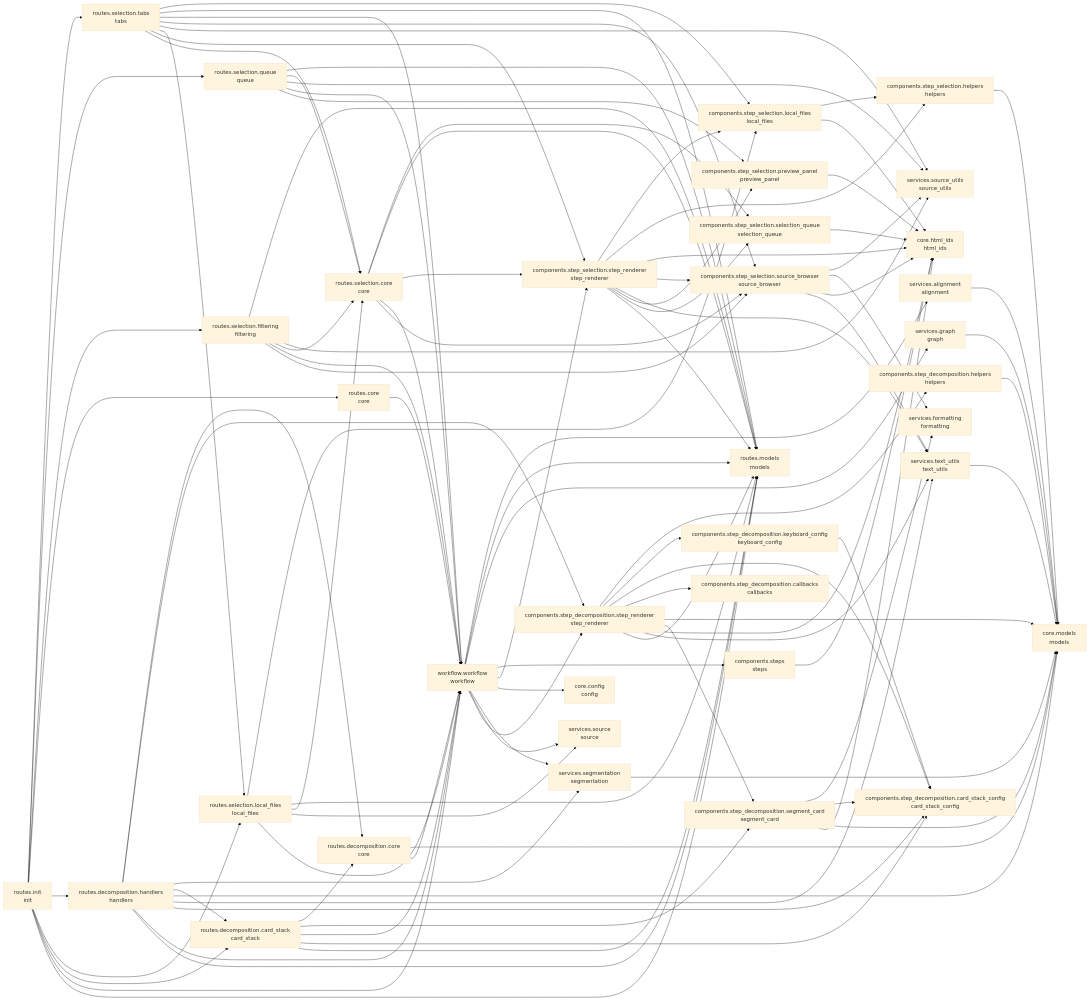
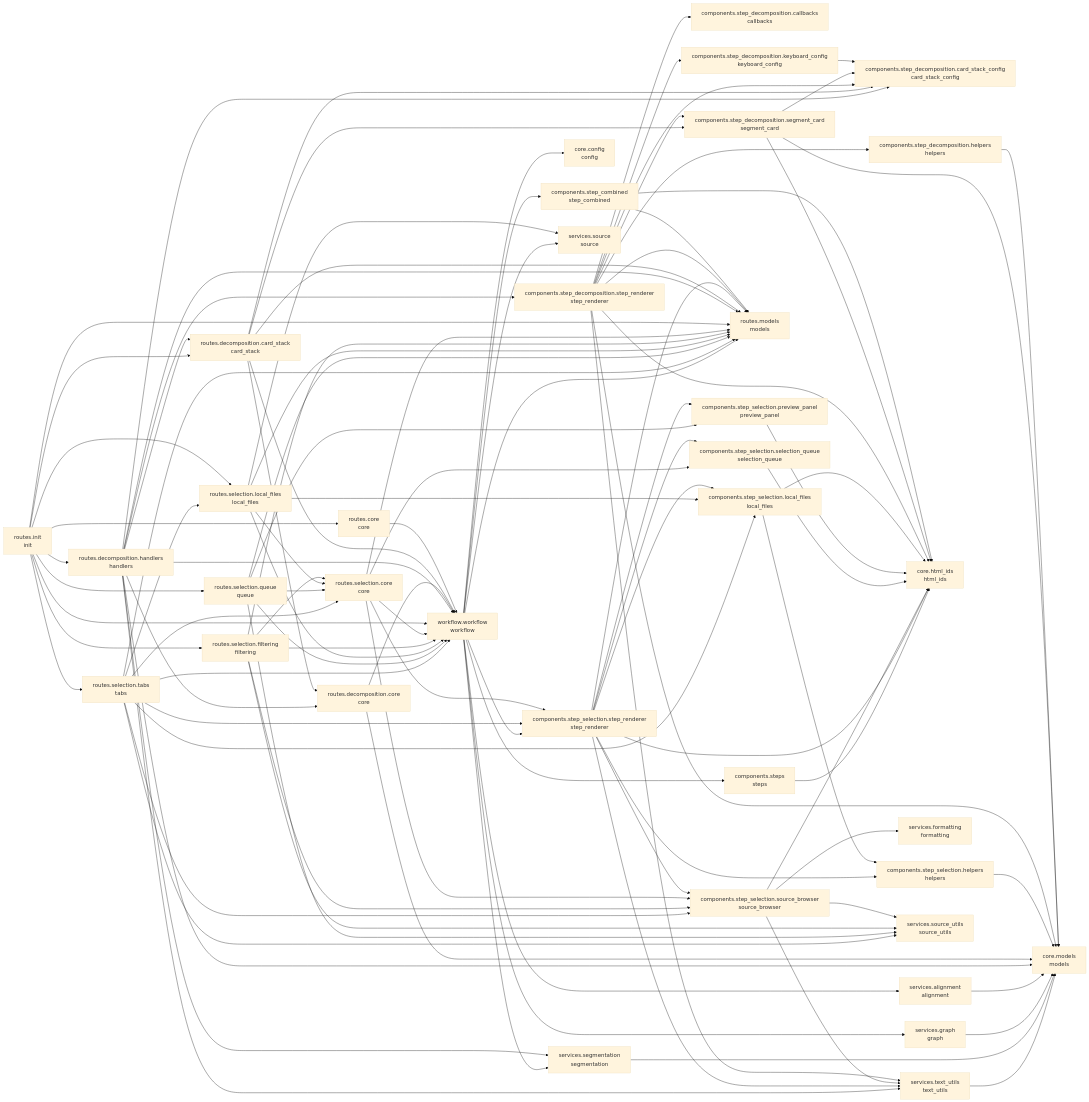
The diagram in README.md (cj-mills/cjm-fasthtml-workflow-transcript-decomp), drawn with Mermaid (base theme) before and after one commit. The commit also changed other lines of this file and 15 other files, not shown here.

````diff
--- a/README.md
+++ b/README.md
@@ -64,5 +65,6 @@
 ``` mermaid
 graph LR
+    components_step_combined[components.step_combined<br/>step_combined]
     components_step_decomposition_callbacks[components.step_decomposition.callbacks<br/>callbacks]
     components_step_decomposition_card_stack_config[components.step_decomposition.card_stack_config<br/>card_stack_config]
     components_step_decomposition_helpers[components.step_decomposition.helpers<br/>helpers]
@@ -99,21 +101,22 @@
     services_text_utils[services.text_utils<br/>text_utils]
     workflow_workflow[workflow.workflow<br/>workflow]
 
+    components_step_combined --> routes_models
+    components_step_combined --> core_html_ids
     components_step_decomposition_helpers --> core_models
     components_step_decomposition_keyboard_config --> components_step_decomposition_card_stack_config
-    components_step_decomposition_segment_card --> services_formatting
     components_step_decomposition_segment_card --> components_step_decomposition_card_stack_config
     components_step_decomposition_segment_card --> core_models
     components_step_decomposition_segment_card --> core_html_ids
+    components_step_decomposition_step_renderer --> components_step_decomposition_card_stack_config
     components_step_decomposition_step_renderer --> components_step_decomposition_helpers
     components_step_decomposition_step_renderer --> components_step_decomposition_keyboard_config
-    components_step_decomposition_step_renderer --> components_step_decomposition_card_stack_config
+    components_step_decomposition_step_renderer --> components_step_decomposition_segment_card
+    components_step_decomposition_step_renderer --> routes_models
+    components_step_decomposition_step_renderer --> core_models
     components_step_decomposition_step_renderer --> components_step_decomposition_callbacks
-    components_step_decomposition_step_renderer --> core_models
-    components_step_decomposition_step_renderer --> components_step_decomposition_segment_card
+    components_step_decomposition_step_renderer --> services_text_utils
     components_step_decomposition_step_renderer --> core_html_ids
-    components_step_decomposition_step_renderer --> services_text_utils
-    components_step_decomposition_step_renderer --> routes_models
     components_step_selection_helpers --> core_models
     components_step_selection_local_files --> components_step_selection_helpers
     components_step_selection_local_files --> core_html_ids
@@ -121,82 +124,82 @@
     components_step_selection_selection_queue --> core_html_ids
     components_step_selection_source_browser --> services_source_utils
     components_step_selection_source_browser --> services_formatting
+    components_step_selection_source_browser --> services_text_utils
     components_step_selection_source_browser --> core_html_ids
-    components_step_selection_source_browser --> services_text_utils
     components_step_selection_step_renderer --> components_step_selection_local_files
     components_step_selection_step_renderer --> components_step_selection_helpers
+    components_step_selection_step_renderer --> services_text_utils
+    components_step_selection_step_renderer --> components_step_selection_source_browser
+    components_step_selection_step_renderer --> components_step_selection_preview_panel
+    components_step_selection_step_renderer --> routes_models
+    components_step_selection_step_renderer --> components_step_selection_selection_queue
     components_step_selection_step_renderer --> core_html_ids
-    components_step_selection_step_renderer --> components_step_selection_source_browser
-    components_step_selection_step_renderer --> services_text_utils
-    components_step_selection_step_renderer --> components_step_selection_preview_panel
-    components_step_selection_step_renderer --> components_step_selection_selection_queue
-    components_step_selection_step_renderer --> routes_models
     components_steps --> core_html_ids
     routes_core --> workflow_workflow
+    routes_decomposition_card_stack --> components_step_decomposition_card_stack_config
+    routes_decomposition_card_stack --> workflow_workflow
     routes_decomposition_card_stack --> routes_decomposition_core
     routes_decomposition_card_stack --> components_step_decomposition_segment_card
-    routes_decomposition_card_stack --> workflow_workflow
-    routes_decomposition_card_stack --> components_step_decomposition_card_stack_config
     routes_decomposition_card_stack --> routes_models
     routes_decomposition_core --> core_models
     routes_decomposition_core --> workflow_workflow
-    routes_decomposition_handlers --> routes_decomposition_core
+    routes_decomposition_handlers --> services_text_utils
+    routes_decomposition_handlers --> routes_decomposition_card_stack
+    routes_decomposition_handlers --> workflow_workflow
     routes_decomposition_handlers --> components_step_decomposition_step_renderer
     routes_decomposition_handlers --> services_segmentation
-    routes_decomposition_handlers --> routes_decomposition_card_stack
+    routes_decomposition_handlers --> routes_decomposition_core
+    routes_decomposition_handlers --> components_step_decomposition_card_stack_config
+    routes_decomposition_handlers --> routes_models
     routes_decomposition_handlers --> core_models
-    routes_decomposition_handlers --> services_text_utils
-    routes_decomposition_handlers --> components_step_decomposition_card_stack_config
-    routes_decomposition_handlers --> workflow_workflow
-    routes_decomposition_handlers --> routes_models
+    routes_init --> routes_decomposition_card_stack
+    routes_init --> routes_core
+    routes_init --> workflow_workflow
+    routes_init --> routes_selection_queue
+    routes_init --> routes_selection_local_files
     routes_init --> routes_selection_tabs
-    routes_init --> routes_selection_queue
+    routes_init --> routes_decomposition_handlers
     routes_init --> routes_selection_filtering
-    routes_init --> routes_core
-    routes_init --> routes_decomposition_handlers
-    routes_init --> routes_selection_local_files
-    routes_init --> routes_decomposition_card_stack
-    routes_init --> workflow_workflow
     routes_init --> routes_models
     routes_selection_core --> components_step_selection_selection_queue
     routes_selection_core --> routes_models
+    routes_selection_core --> components_step_selection_source_browser
+    routes_selection_core --> workflow_workflow
     routes_selection_core --> components_step_selection_step_renderer
-    routes_selection_core --> workflow_workflow
-    routes_selection_core --> components_step_selection_source_browser
+    routes_selection_filtering --> routes_selection_core
+    routes_selection_filtering --> services_source_utils
     routes_selection_filtering --> routes_models
-    routes_selection_filtering --> services_source_utils
-    routes_selection_filtering --> routes_selection_core
+    routes_selection_filtering --> components_step_selection_source_browser
     routes_selection_filtering --> workflow_workflow
-    routes_selection_filtering --> components_step_selection_source_browser
+    routes_selection_local_files --> services_source
     routes_selection_local_files --> components_step_selection_local_files
+    routes_selection_local_files --> routes_selection_core
     routes_selection_local_files --> routes_models
-    routes_selection_local_files --> routes_selection_core
-    routes_selection_local_files --> services_source
     routes_selection_local_files --> workflow_workflow
+    routes_selection_queue --> routes_selection_core
+    routes_selection_queue --> components_step_selection_preview_panel
+    routes_selection_queue --> services_source_utils
     routes_selection_queue --> routes_models
-    routes_selection_queue --> routes_selection_core
-    routes_selection_queue --> services_source_utils
     routes_selection_queue --> workflow_workflow
-    routes_selection_queue --> components_step_selection_preview_panel
+    routes_selection_tabs --> routes_selection_local_files
     routes_selection_tabs --> components_step_selection_local_files
+    routes_selection_tabs --> components_step_selection_source_browser
+    routes_selection_tabs --> routes_selection_core
     routes_selection_tabs --> routes_models
+    routes_selection_tabs --> components_step_selection_step_renderer
     routes_selection_tabs --> workflow_workflow
-    routes_selection_tabs --> components_step_selection_source_browser
     routes_selection_tabs --> services_source_utils
-    routes_selection_tabs --> routes_selection_local_files
-    routes_selection_tabs --> components_step_selection_step_renderer
-    routes_selection_tabs --> routes_selection_core
     services_alignment --> core_models
     services_graph --> core_models
     services_segmentation --> core_models
     services_text_utils --> core_models
+    workflow_workflow --> components_step_selection_step_renderer
+    workflow_workflow --> services_graph
+    workflow_workflow --> services_segmentation
+    workflow_workflow --> routes_models
     workflow_workflow --> services_alignment
-    workflow_workflow --> routes_models
-    workflow_workflow --> services_graph
+    workflow_workflow --> core_config
     workflow_workflow --> components_steps
-    workflow_workflow --> components_step_selection_step_renderer
-    workflow_workflow --> core_config
-    workflow_workflow --> services_segmentation
     workflow_workflow --> services_source
-    workflow_workflow --> components_step_decomposition_step_renderer
+    workflow_workflow --> components_step_combined
 ```
````
